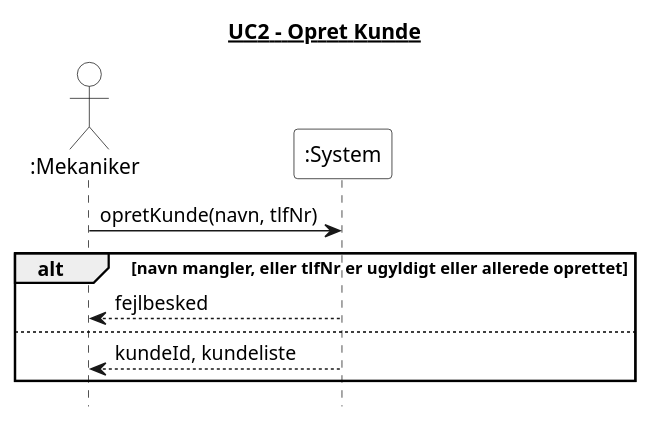
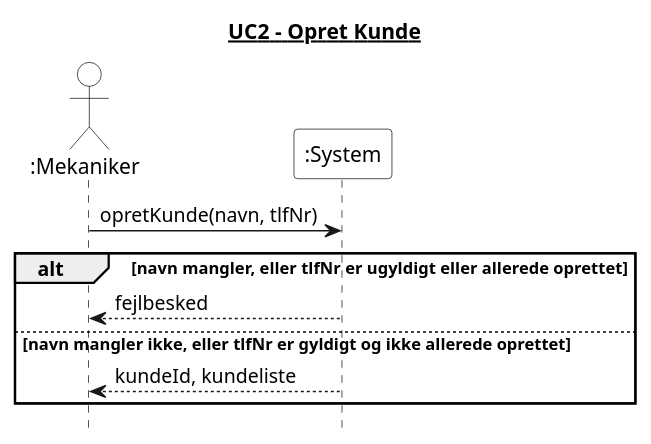
The diagram in 4. System Sekvens Diagram/UC2_opret_kunde.puml (Zoabz/Getting-Real), drawn with PlantUML before and after one commit. The commit also changed 14 other files, not shown here.

```diff
--- a/4. System Sekvens Diagram/UC2_opret_kunde.puml
+++ b/4. System Sekvens Diagram/UC2_opret_kunde.puml
@@ -1,25 +1,25 @@
 @startuml
 title <u>UC2 - Opret Kunde</u>
 hide footbox
 skinparam monochrome true
 skinparam shadowing false
 skinparam backgroundColor white
 skinparam actor {
   BackgroundColor white
 }
 skinparam participant {
   BackgroundColor white
 }
 
 actor ":Mekaniker"
 participant ":System" as System
 
 ":Mekaniker" -> System : opretKunde(navn, tlfNr)
 
 alt navn mangler, eller tlfNr er ugyldigt eller allerede oprettet
   System --> ":Mekaniker" : fejlbesked
-else 
+else navn mangler ikke, eller tlfNr er gyldigt og ikke allerede oprettet
   System --> ":Mekaniker" : kundeId, kundeliste
 end
 
 @enduml
```
